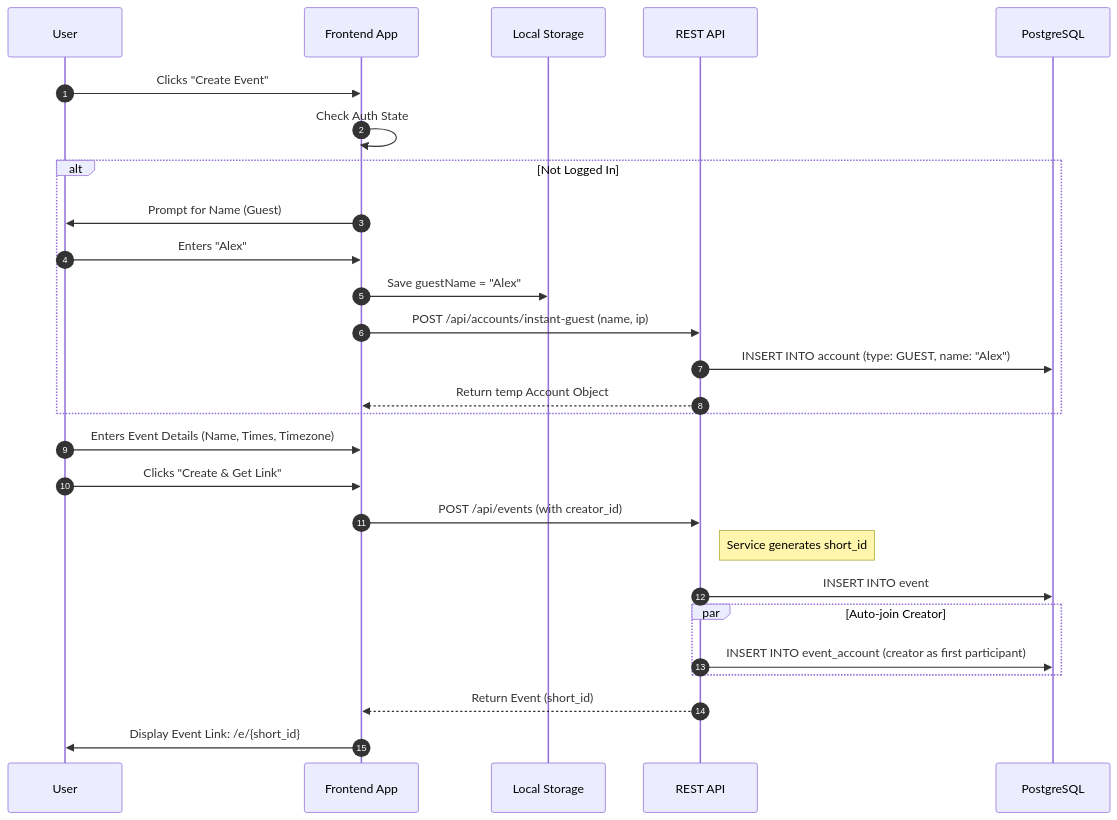
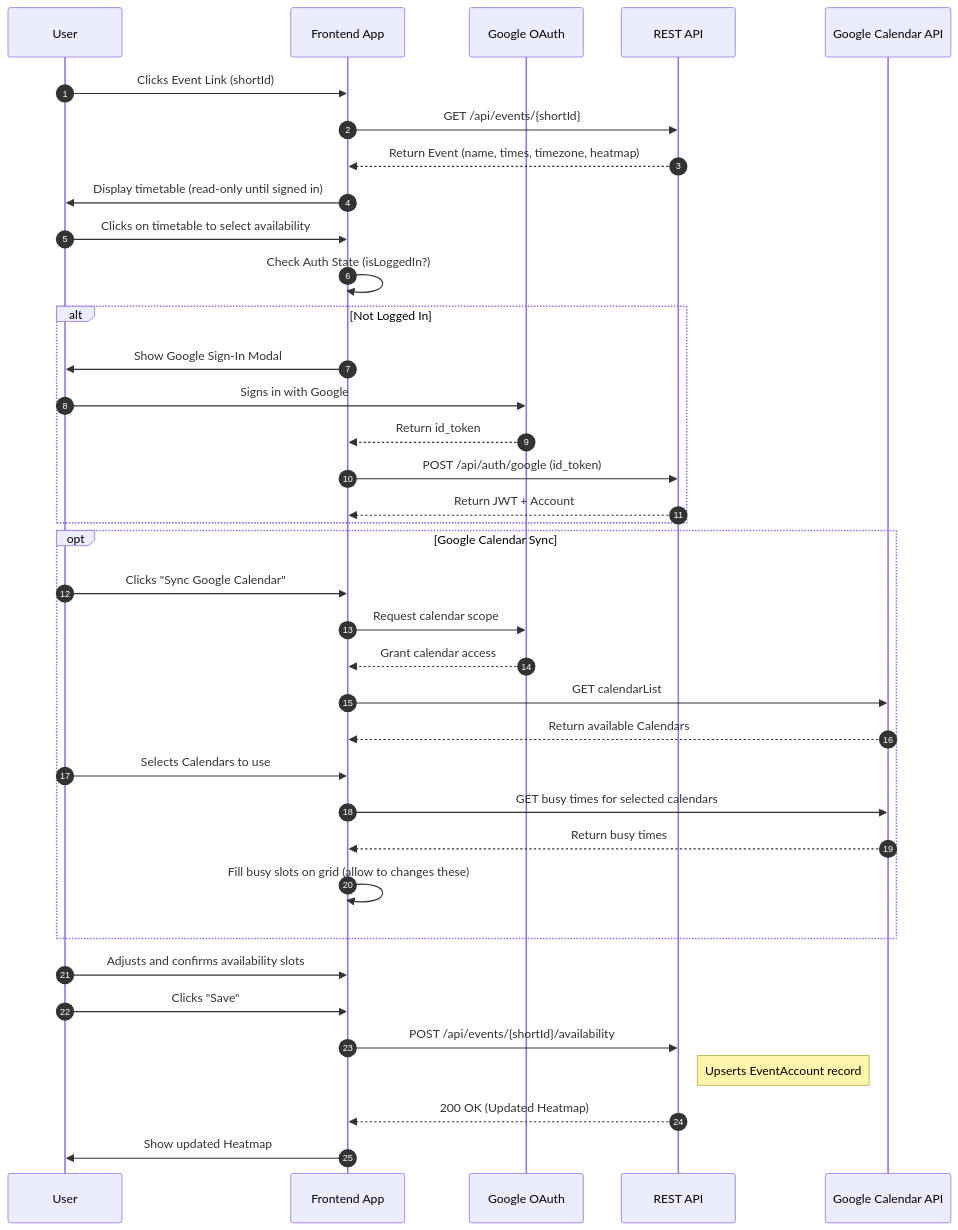
The second of 2 diagrams in SoW.md (taltech-vanemarendajaks/team-25-gatherr), drawn with Mermaid before and after one commit. The commit also changed other lines of this file, not shown here.

````diff
--- a/SoW.md
+++ b/SoW.md
@@ -347,61 +259,45 @@
 ```mermaid
 sequenceDiagram
-
 autonumber
 
-participant  U  as  User
+participant U  as User
+participant FE as Frontend App
+participant G  as Google OAuth
+participant BE as REST API
+participant GC as Google Calendar API
 
-participant  FE  as  Frontend  App
+U->>FE: Clicks Event Link (shortId)
+FE->>BE: GET /api/events/{shortId}
+BE-->>FE: Return Event (name, times, timezone, heatmap)
+FE->>U: Display timetable (read-only until signed in)
 
-participant  LS  as  Local  Storage
+U->>FE: Clicks on timetable to select availability
+FE->>FE: Check Auth State (isLoggedIn?)
 
-participant  BE  as  REST  API
-
-participant  DB  as  PostgreSQL
-
-  
-
-U->>FE: Clicks "Create Event"
-
-FE->>FE: Check Auth State
-
-alt  Not  Logged  In
-
-FE->>U: Prompt for Name (Guest)
-
-U->>FE: Enters "Alex"
-
-FE->>LS: Save guestName = "Alex"
-
-FE->>BE: POST /api/accounts/instant-guest (name, ip)
-
-BE->>DB: INSERT  INTO  account (type: GUEST, name: "Alex")
-
-BE-->>FE: Return temp Account Object
-
+alt Not Logged In
+    FE->>U: Show Google Sign-In Modal
+    U->>G: Signs in with Google
+    G-->>FE: Return id_token
+    FE->>BE: POST /api/auth/google (id_token)
+    BE-->>FE: Return JWT + Account
 end
 
-  
-
-U->>FE: Enters Event Details (Name, Times, Timezone)
-
-U->>FE: Clicks "Create & Get Link"
-
-FE->>BE: POST /api/events (with creator_id)
-
-Note  right of  BE: Service generates short_id
-
-BE->>DB: INSERT INTO event
-
-par  Auto-join  Creator
-
-BE->>DB: INSERT INTO event_account (creator as first participant)
-
+opt Google Calendar Sync
+    U->>FE: Clicks "Sync Google Calendar"
+    FE->>G: Request calendar scope
+    G-->>FE: Grant calendar access
+    FE->>GC: GET calendarList
+    GC-->>FE: Return available Calendars
+    U->>FE: Selects Calendars to use
+    FE->>GC: GET busy times for selected calendars
+    GC-->>FE: Return busy times
+    FE->>FE: Fill busy slots on grid (allow to changes these)
 end
 
-  
-
-BE-->>FE: Return Event (short_id)
-
-FE->>U: Display  Event  Link: /e/{short_id}
+U->>FE: Adjusts and confirms availability slots
+U->>FE: Clicks "Save"
+FE->>BE: POST /api/events/{shortId}/availability
+Note right of BE: Upserts EventAccount record
+BE-->>FE: 200 OK (Updated Heatmap)
+FE->>U: Show updated Heatmap
 ```
````
